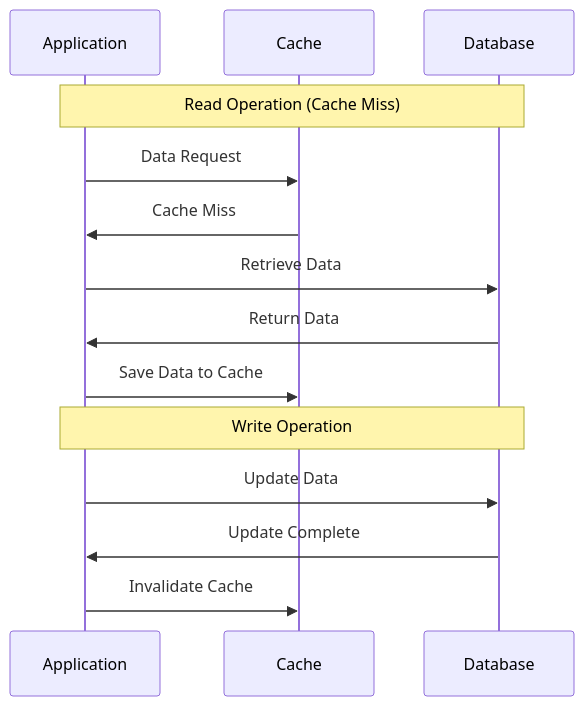
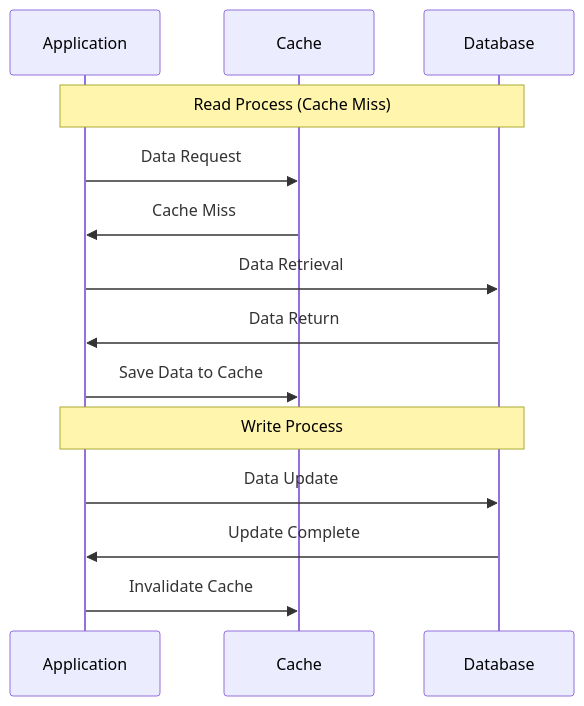
One commit to bmf-san/bmf-tech changed the second of 10 diagrams in content/en/posts/cache-strategy-patterns.md. Above: the diagram before and after it, drawn with Mermaid. The commit also changed other lines of this file and 989 other files, not shown here.

````diff
--- a/content/en/posts/cache-strategy-patterns.md
+++ b/content/en/posts/cache-strategy-patterns.md
@@ -41,18 +40,18 @@
 ```mermaid
 sequenceDiagram
     participant A as Application
     participant C as Cache
     participant D as Database
 
-    Note over A,D: Read Operation (Cache Miss)
+    Note over A,D: Read Process (Cache Miss)
     A->>C: Data Request
     C->>A: Cache Miss
-    A->>D: Retrieve Data
-    D->>A: Return Data
+    A->>D: Data Retrieval
+    D->>A: Data Return
     A->>C: Save Data to Cache
 
-    Note over A,D: Write Operation
-    A->>D: Update Data
+    Note over A,D: Write Process
+    A->>D: Data Update
     D->>A: Update Complete
     A->>C: Invalidate Cache
 ```
````
